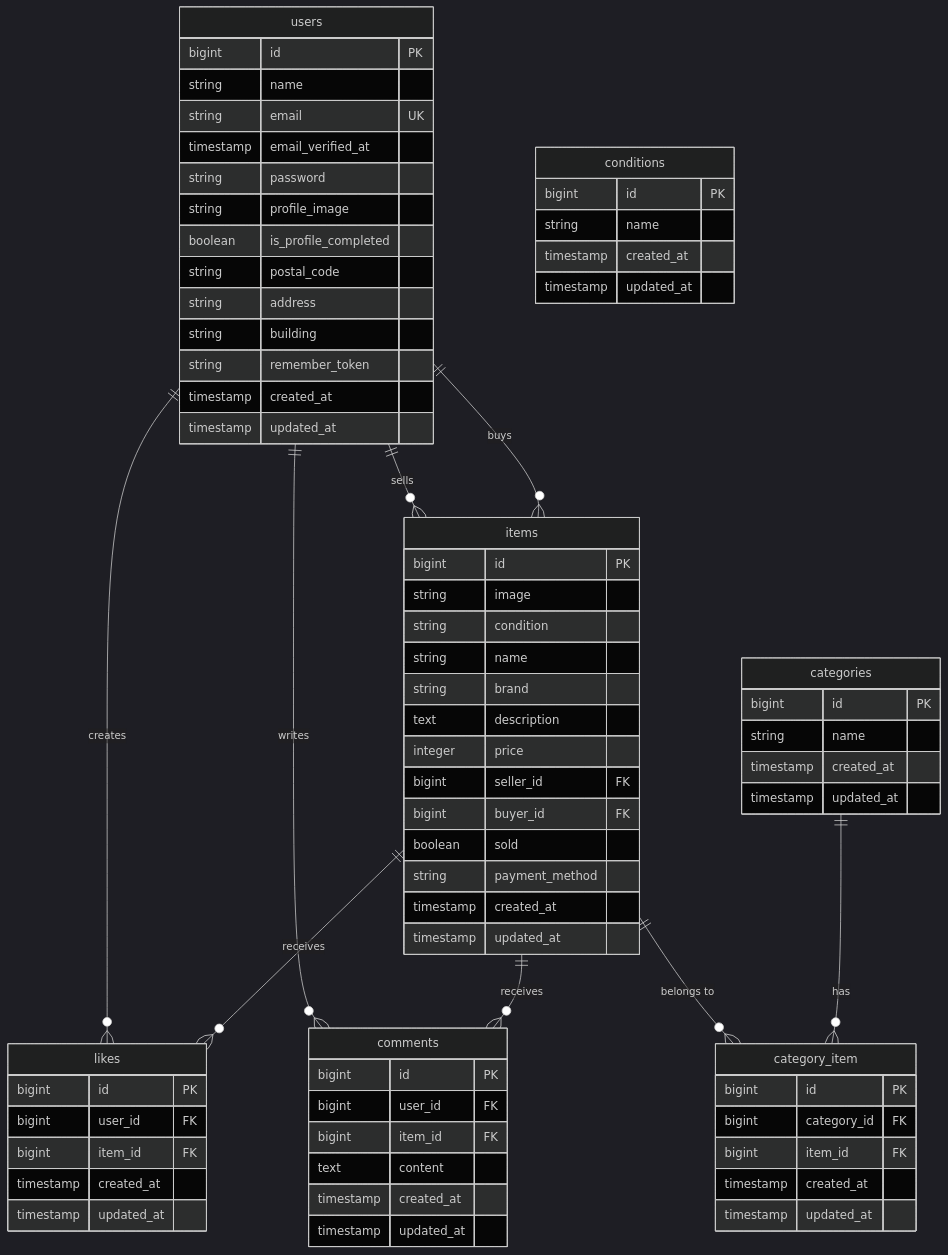
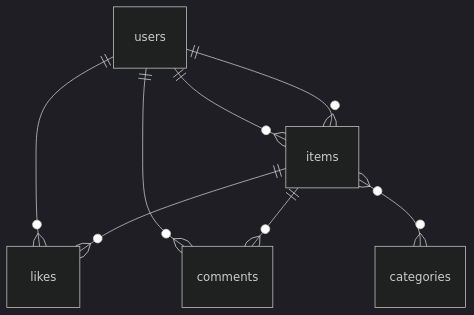
The diagram in README.md (ezashi/flea-market), drawn with Mermaid (dark theme) before and after one commit. The commit also changed other lines of this file, not shown here.

Commit message:
README.mdのER図を整理し、機能一覧を追加

````diff
--- a/README.md
+++ b/README.md
@@ -39,84 +39,10 @@
 ```mermaid
 erDiagram
-    users ||--o{ items : "sells"
-    users ||--o{ items : "buys"
-    users ||--o{ likes : "creates"
-    users ||--o{ comments : "writes"
-
-    items ||--o{ likes : "receives"
-    items ||--o{ comments : "receives"
-    items ||--o{ category_item : "belongs to"
-
-    categories ||--o{ category_item : "has"
-
-    users {
-        bigint id PK
-        string name
-        string email UK
-        timestamp email_verified_at
-        string password
-        string profile_image
-        boolean is_profile_completed
-        string postal_code
-        string address
-        string building
-        string remember_token
-        timestamp created_at
-        timestamp updated_at
-    }
-
-    items {
-        bigint id PK
-        string image
-        string condition
-        string name
-        string brand
-        text description
-        integer price
-        bigint seller_id FK
-        bigint buyer_id FK
-        boolean sold
-        string payment_method
-        timestamp created_at
-        timestamp updated_at
-    }
-
-    categories {
-        bigint id PK
-        string name
-        timestamp created_at
-        timestamp updated_at
-    }
-
-    conditions {
-        bigint id PK
-        string name
-        timestamp created_at
-        timestamp updated_at
-    }
-
-    likes {
-        bigint id PK
-        bigint user_id FK
-        bigint item_id FK
-        timestamp created_at
-        timestamp updated_at
-    }
-
-    comments {
-        bigint id PK
-        bigint user_id FK
-        bigint item_id FK
-        text content
-        timestamp created_at
-        timestamp updated_at
-    }
-
-    category_item {
-        bigint id PK
-        bigint category_id FK
-        bigint item_id FK
-        timestamp created_at
-        timestamp updated_at
-    }
+    users ||--o{ items : ""
+    users ||--o{ items : ""
+    users ||--o{ likes : ""
+    users ||--o{ comments : ""
+    items ||--o{ likes : ""
+    items ||--o{ comments : ""
+    items }o--o{ categories : ""
 ```
````
